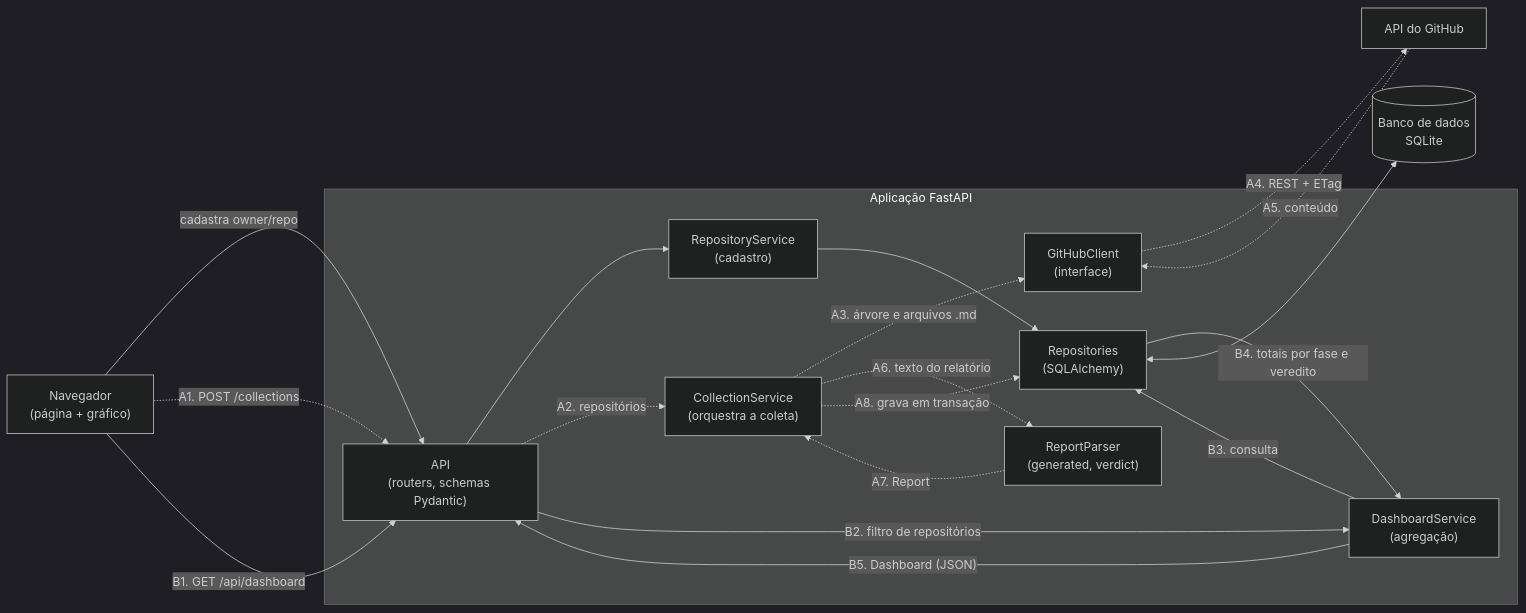
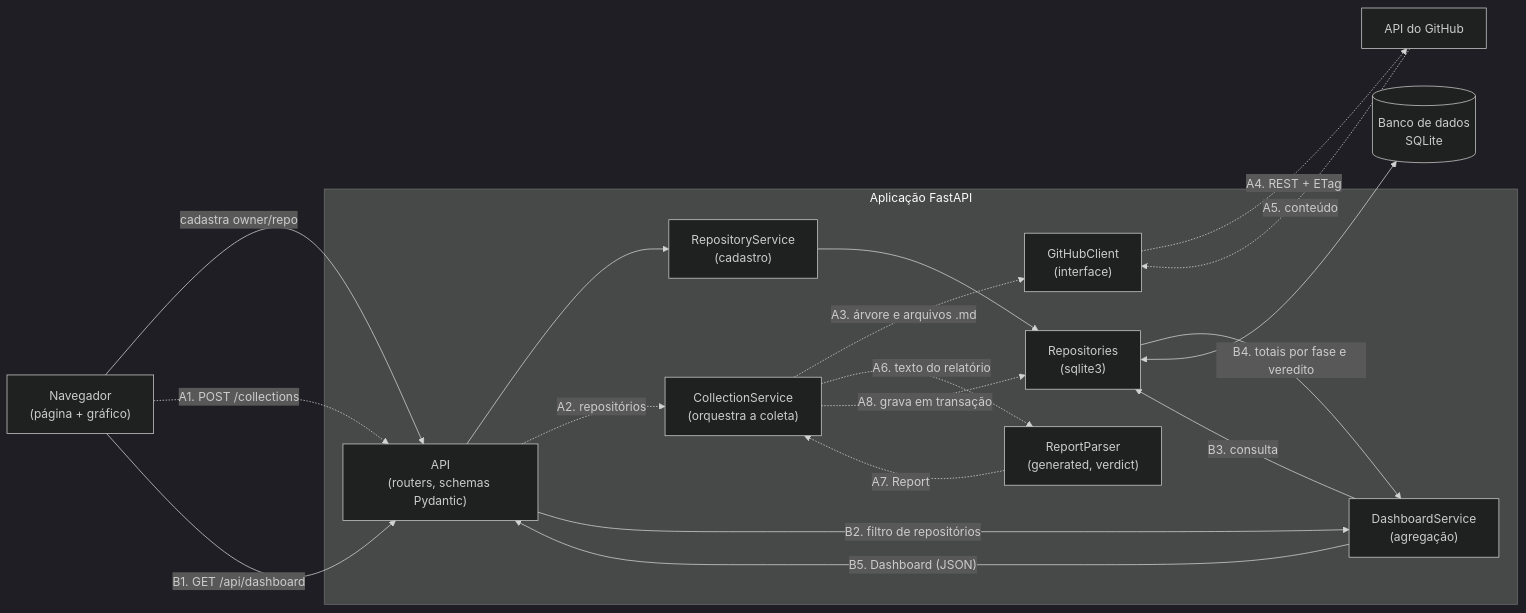
The diagram in docs/03 diagrama-componentes.md (joaogoes/akcit_modulo_4), drawn with Mermaid (dark theme) before and after one commit. The commit also changed 3 other files, not shown here.

````diff
--- a/docs/03 diagrama-componentes.md
+++ b/docs/03 diagrama-componentes.md
@@ -5,41 +5,41 @@
 ```mermaid
 flowchart LR
     Browser["Navegador<br/>(página + gráfico)"]
     GitHub["API do GitHub"]
 
     subgraph App["Aplicação FastAPI"]
         API["API<br/>(routers, schemas Pydantic)"]
         RepoSvc["RepositoryService<br/>(cadastro)"]
         CollectSvc["CollectionService<br/>(orquestra a coleta)"]
         DashSvc["DashboardService<br/>(agregação)"]
         Client["GitHubClient<br/>(interface)"]
         Parser["ReportParser<br/>(generated, verdict)"]
-        Repo["Repositories<br/>(SQLAlchemy)"]
+        Repo["Repositories<br/>(sqlite3)"]
     end
 
     DB[("Banco de dados<br/>SQLite")]
 
     %% Cadastro
     Browser -- "cadastra owner/repo" --> API
     API --> RepoSvc
     RepoSvc --> Repo
 
     %% Fluxo de coleta
     Browser -. "A1. POST /collections" .-> API
     API -. "A2. repositórios" .-> CollectSvc
     CollectSvc -. "A3. árvore e arquivos .md" .-> Client
     Client -. "A4. REST + ETag" .-> GitHub
     GitHub -. "A5. conteúdo" .-> Client
     CollectSvc -. "A6. texto do relatório" .-> Parser
     Parser -. "A7. Report" .-> CollectSvc
     CollectSvc -. "A8. grava em transação" .-> Repo
 
     %% Fluxo do dashboard
     Browser -- "B1. GET /api/dashboard" --> API
     API -- "B2. filtro de repositórios" --> DashSvc
     DashSvc -- "B3. consulta" --> Repo
     Repo -- "B4. totais por fase e veredito" --> DashSvc
     DashSvc -- "B5. Dashboard (JSON)" --> API
 
     Repo <--> DB
 ```
````
